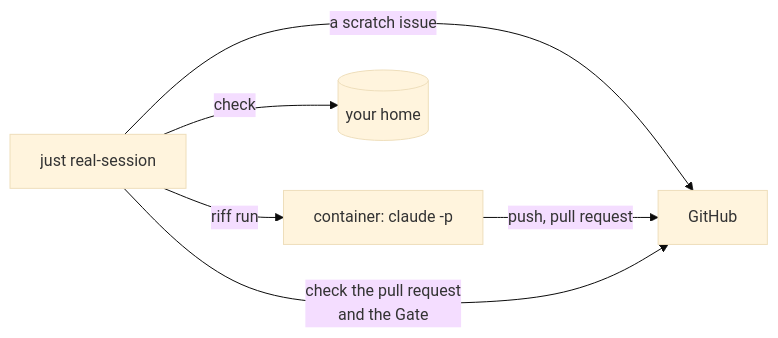
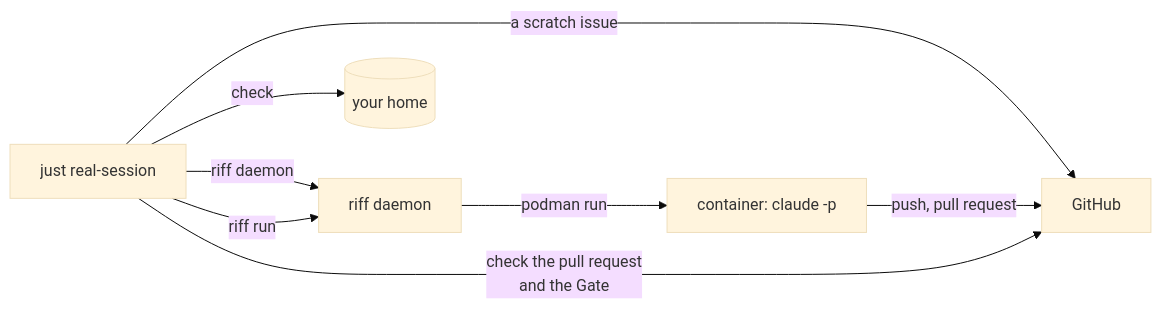
The eighth of 23 diagrams in docs/src/development.md (como-technologies/riff), drawn with Mermaid (base theme) before and after one commit. The commit also changed other lines of this file and 15 other files, not shown here.

First line of the commit message:
The riff daemon: a systemd user unit that owns the containers of riff run, with a socket for each session (#733)

````diff
--- a/docs/src/development.md
+++ b/docs/src/development.md
@@ -451,8 +542,10 @@
 ```mermaid
 flowchart LR
     T["just real-session"] -- "a scratch issue" --> G["GitHub"]
-    T -- "riff run" --> C["container: claude -p"]
+    T -- "riff daemon" --> D["riff daemon"]
+    T -- "riff run" --> D
+    D -- "podman run" --> C["container: claude -p"]
     C -- "push, pull request" --> G
     T -- "check the pull request<br/>and the Gate" --> G
     T -- "check" --> H[("your home")]
 ```
````
